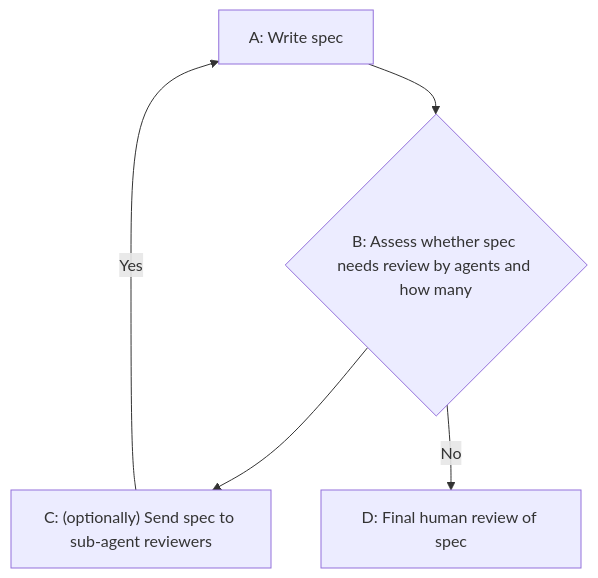
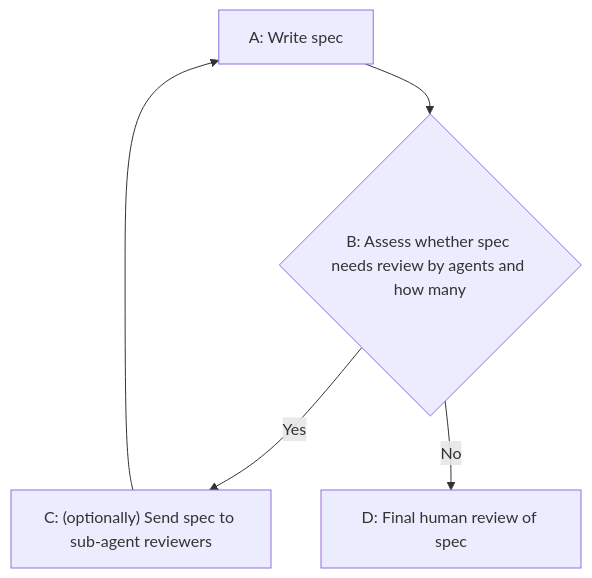
The first of 2 diagrams in posts/published/2026-01-20-multi-agent-spec-review.mdx (ky1ejs/kylejs-site), drawn with Mermaid before and after one commit.

Commit message:
Fix arrow name

````diff
--- a/posts/published/2026-01-20-multi-agent-spec-review.mdx
+++ b/posts/published/2026-01-20-multi-agent-spec-review.mdx
@@ -55,13 +55,13 @@
 ```mermaid
 flowchart TD
   A["A: Write spec"]
   B{"B: Assess whether spec needs review by agents and how many"}
   C["C: (optionally) Send spec to sub-agent reviewers"]
   
   D["D: Final human review of spec"]
 
   A --> B
-  B --> C
-  C -->|Yes| A
+  B -->|Yes| C
+  C --> A
   B -->|No| D
 ```
````
